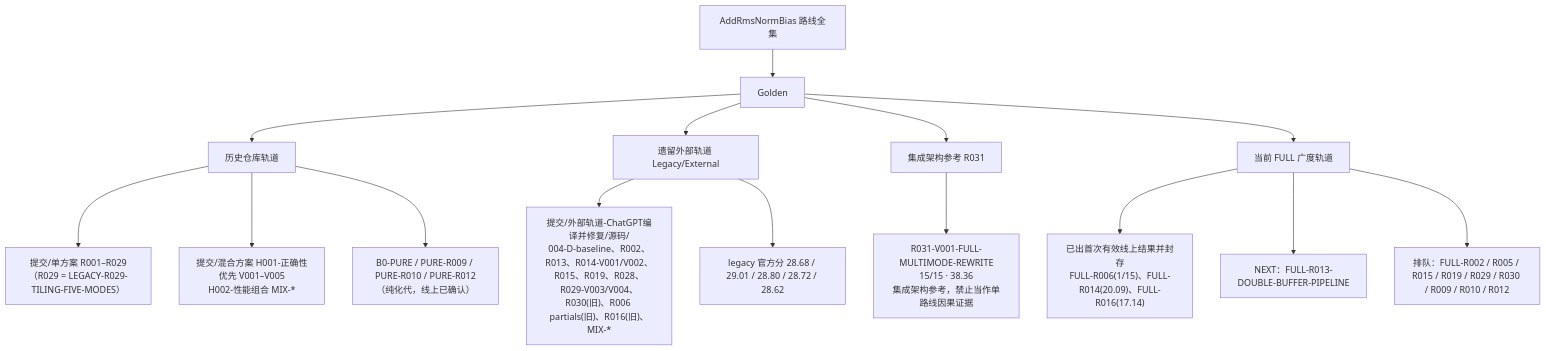
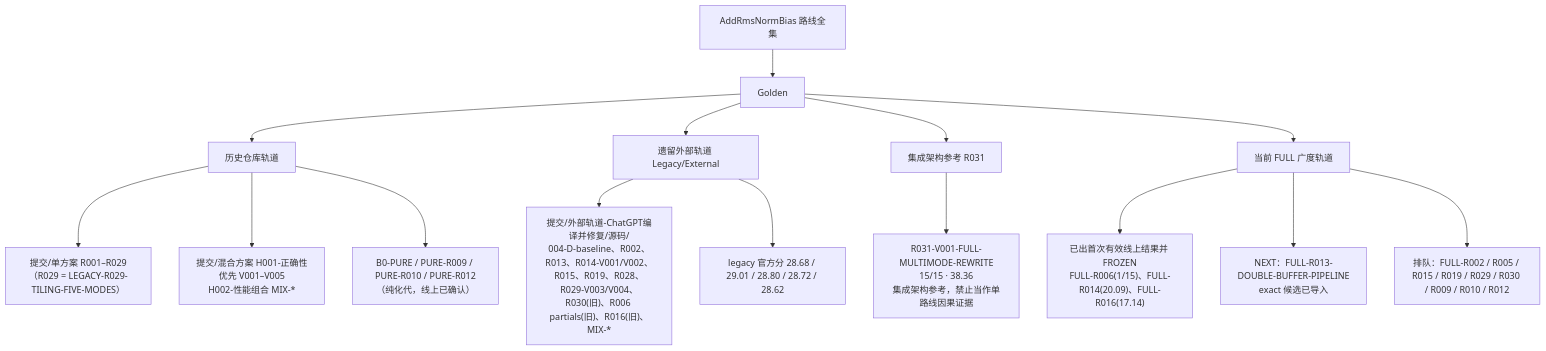
One commit to sxyq/CANN changed the diagram in 文档/路线树.md. Above: the diagram before and after it, drawn with Mermaid. The commit also changed other lines of this file and 29 other files, not shown here.

````diff
--- a/文档/路线树.md
+++ b/文档/路线树.md
@@ -7,22 +7,22 @@
 ```mermaid
 flowchart TD
     ROOT["AddRmsNormBias 路线全集"]
     ROOT --> TRACKS["Golden"]
     TRACKS --> T1["历史仓库轨道"]
     TRACKS --> T2["遗留外部轨道 Legacy/External"]
     TRACKS --> T3["集成架构参考 R031"]
     TRACKS --> T4["当前 FULL 广度轨道"]
 
     T1 --> T1A["提交/单方案 R001–R029<br/>（R029 = LEGACY-R029-TILING-FIVE-MODES）"]
     T1 --> T1B["提交/混合方案 H001-正确性优先 V001–V005<br/>H002-性能组合 MIX-*"]
     T1 --> T1C["B0-PURE / PURE-R009 / PURE-R010 / PURE-R012<br/>（纯化代，线上已确认）"]
 
     T2 --> T2A["提交/外部轨道-ChatGPT编译并修复/源码/<br/>004-D-baseline、R002、R013、R014-V001/V002、R015、R019、R028、R029-V003/V004、R030(旧)、R006 partials(旧)、R016(旧)、MIX-*"]
     T2 --> T2B["legacy 官方分 28.68 / 29.01 / 28.80 / 28.72 / 28.62"]
 
     T3 --> T3A["R031-V001-FULL-MULTIMODE-REWRITE<br/>15/15 · 38.36<br/>集成架构参考，禁止当作单路线因果证据"]
 
-    T4 --> T4A["已出首次有效线上结果并封存<br/>FULL-R006(1/15)、FULL-R014(20.09)、FULL-R016(17.14)"]
-    T4 --> T4B["NEXT：FULL-R013-DOUBLE-BUFFER-PIPELINE"]
+    T4 --> T4A["已出首次有效线上结果并 FROZEN<br/>FULL-R006(1/15)、FULL-R014(20.09)、FULL-R016(17.14)"]
+    T4 --> T4B["NEXT：FULL-R013-DOUBLE-BUFFER-PIPELINE<br/>exact 候选已导入"]
     T4 --> T4C["排队：FULL-R002 / R005 / R015 / R019 / R029 / R030 / R009 / R010 / R012"]
 ```
````
